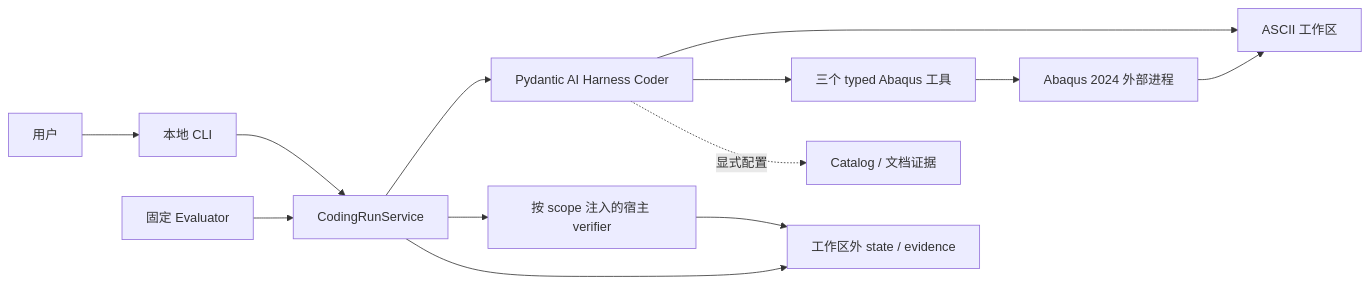
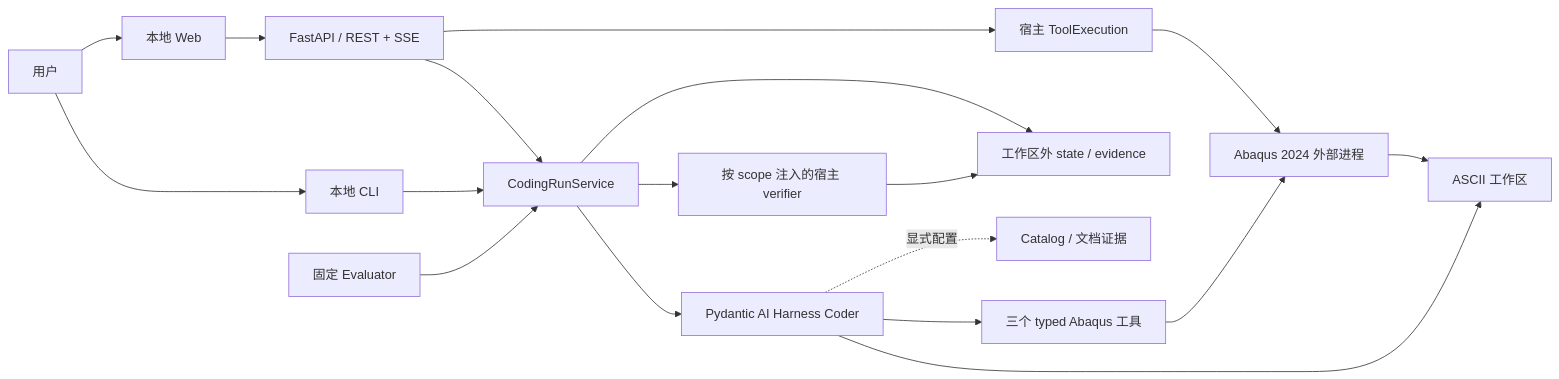
One commit to Misty02600/abaqus-sim-agent changed the diagram in docs/architecture/overview.md. Above: the diagram before and after it, drawn with Mermaid. The commit also changed other lines of this file and 16 other files, not shown here.

````diff
--- a/docs/architecture/overview.md
+++ b/docs/architecture/overview.md
@@ -48,15 +57,20 @@
 ```mermaid
 flowchart LR
     User[用户] --> CLI[本地 CLI]
+    User --> Browser[本地 Web]
+    Browser --> WebAPI[FastAPI / REST + SSE]
     CLI --> Host[CodingRunService]
+    WebAPI --> Host
+    WebAPI --> ToolExecution[宿主 ToolExecution]
     Eval[固定 Evaluator] --> Host
     Host --> Coder[Pydantic AI Harness Coder]
     Coder --> Workspace[ASCII 工作区]
     Coder --> Tools[三个 typed Abaqus 工具]
     Coder -. 显式配置 .-> Knowledge[Catalog / 文档证据]
     Tools --> Abaqus[Abaqus 2024 外部进程]
+    ToolExecution --> Abaqus
     Abaqus --> Workspace
     Host --> Verify[按 scope 注入的宿主 verifier]
     Host --> State[工作区外 state / evidence]
     Verify --> State
 ```
````
